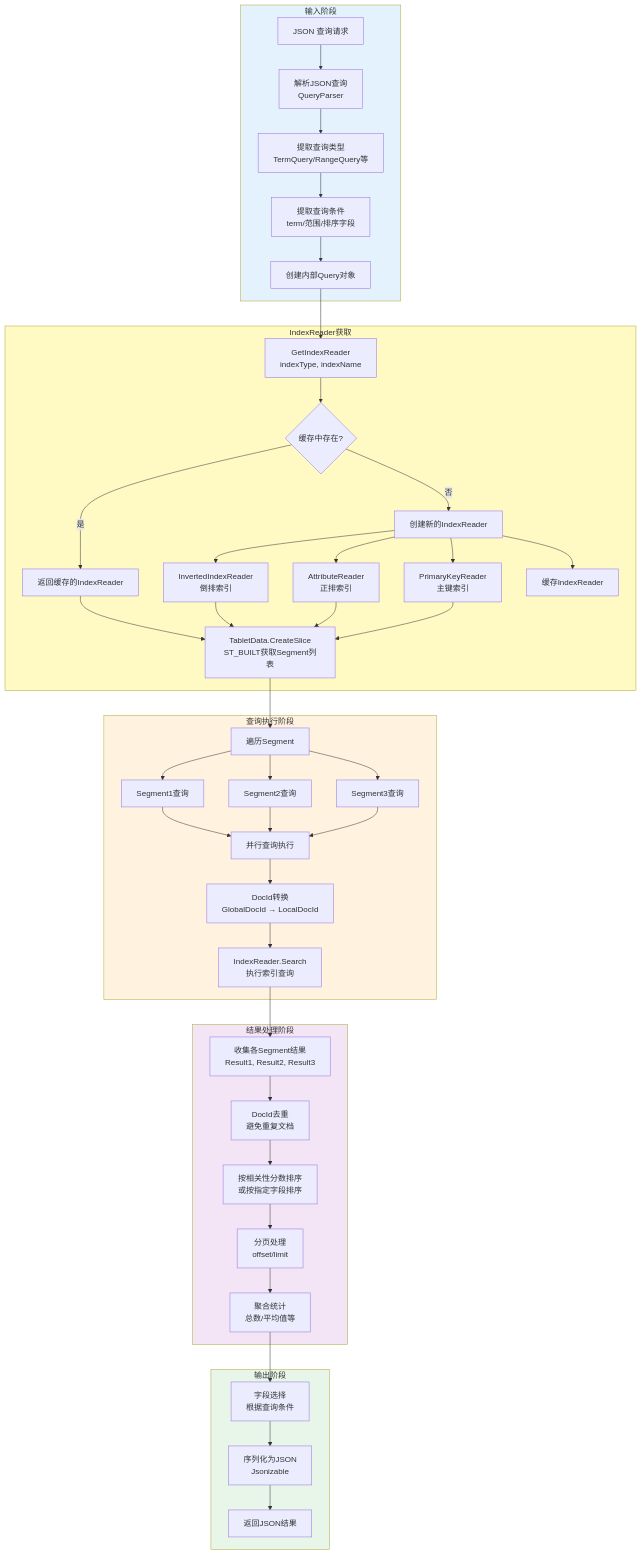
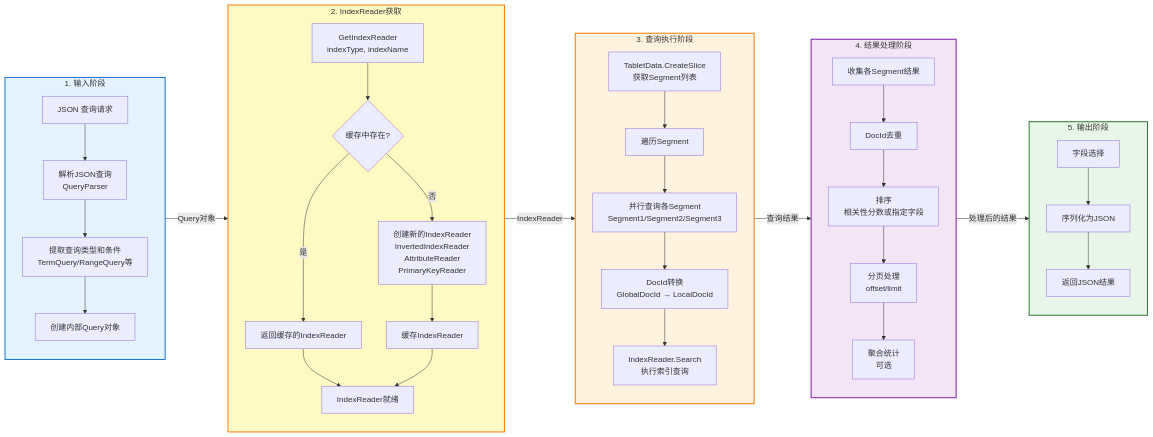
One commit to zhouzhilong-commits/zhouzhilong-commits.github.io changed diagram 20 of 22 in _posts/2025-05-08-indexlib-1-architecture-overview.md. Above: the diagram before and after it, drawn with Mermaid. The commit also changed other lines of this file and 6 other files, not shown here.

````diff
--- a/_posts/2025-05-08-indexlib-1-architecture-overview.md
+++ b/_posts/2025-05-08-indexlib-1-architecture-overview.md
@@ -1262,90 +1424,52 @@
 ```mermaid
-flowchart TD
-    subgraph Input["输入阶段"]
-        A1[JSON 查询请求]
-        A2[解析JSON查询<br/>QueryParser]
-        A3[提取查询类型<br/>TermQuery/RangeQuery等]
-        A4[提取查询条件<br/>term/范围/排序字段]
-        A5[创建内部Query对象]
-        
-        A1 --> A2
-        A2 --> A3
-        A3 --> A4
-        A4 --> A5
+flowchart LR
+    subgraph Input["1. 输入阶段"]
+        direction TB
+        A1[JSON 查询请求] --> A2[解析JSON查询<br/>QueryParser]
+        A2 --> A3[提取查询类型和条件<br/>TermQuery/RangeQuery等]
+        A3 --> A4[创建内部Query对象]
     end
     
-    subgraph Reader["IndexReader获取"]
-        B1[GetIndexReader<br/>indexType, indexName]
-        B2{缓存中存在?}
-        B3[返回缓存的IndexReader]
-        B4[创建新的IndexReader]
-        B5[InvertedIndexReader<br/>倒排索引]
-        B6[AttributeReader<br/>正排索引]
-        B7[PrimaryKeyReader<br/>主键索引]
-        B8[缓存IndexReader]
-        
-        A5 --> B1
-        B1 --> B2
-        B2 -->|是| B3
-        B2 -->|否| B4
-        B4 --> B5
-        B4 --> B6
-        B4 --> B7
-        B4 --> B8
-        B3 --> C1
-        B5 --> C1
-        B6 --> C1
-        B7 --> C1
+    subgraph Reader["2. IndexReader获取"]
+        direction TB
+        B1[GetIndexReader<br/>indexType, indexName] --> B2{缓存中存在?}
+        B2 -->|是| B3[返回缓存的IndexReader]
+        B2 -->|否| B4[创建新的IndexReader<br/>InvertedIndexReader<br/>AttributeReader<br/>PrimaryKeyReader]
+        B4 --> B5[缓存IndexReader]
+        B3 --> B6[IndexReader就绪]
+        B5 --> B6
     end
     
-    subgraph Query["查询执行阶段"]
-        C1[TabletData.CreateSlice<br/>ST_BUILT获取Segment列表]
-        C2[遍历Segment]
-        C3[Segment1查询]
-        C4[Segment2查询]
-        C5[Segment3查询]
-        C6[并行查询执行]
-        C7[DocId转换<br/>GlobalDocId → LocalDocId]
-        C8[IndexReader.Search<br/>执行索引查询]
-        
-        C1 --> C2
-        C2 --> C3
-        C2 --> C4
-        C2 --> C5
-        C3 --> C6
-        C4 --> C6
-        C5 --> C6
-        C6 --> C7
-        C7 --> C8
+    subgraph Query["3. 查询执行阶段"]
+        direction TB
+        C1[TabletData.CreateSlice<br/>获取Segment列表] --> C2[遍历Segment]
+        C2 --> C3[并行查询各Segment<br/>Segment1/Segment2/Segment3]
+        C3 --> C4[DocId转换<br/>GlobalDocId → LocalDocId]
+        C4 --> C5[IndexReader.Search<br/>执行索引查询]
     end
     
-    subgraph Process["结果处理阶段"]
-        D1[收集各Segment结果<br/>Result1, Result2, Result3]
-        D2[DocId去重<br/>避免重复文档]
-        D3[按相关性分数排序<br/>或按指定字段排序]
-        D4[分页处理<br/>offset/limit]
-        D5[聚合统计<br/>总数/平均值等]
-        
-        C8 --> D1
-        D1 --> D2
-        D2 --> D3
-        D3 --> D4
-        D4 --> D5
+    subgraph Process["4. 结果处理阶段"]
+        direction TB
+        D1[收集各Segment结果] --> D2[DocId去重]
+        D2 --> D3[排序<br/>相关性分数或指定字段]
+        D3 --> D4[分页处理<br/>offset/limit]
+        D4 --> D5[聚合统计<br/>可选]
     end
     
-    subgraph Output["输出阶段"]
-        E1[字段选择<br/>根据查询条件]
-        E2[序列化为JSON<br/>Jsonizable]
-        E3[返回JSON结果]
-        
-        D5 --> E1
-        E1 --> E2
-        E2 --> E3
+    subgraph Output["5. 输出阶段"]
+        direction TB
+        E1[字段选择] --> E2[序列化为JSON]
+        E2 --> E3[返回JSON结果]
     end
     
-    style Input fill:#e3f2fd
-    style Reader fill:#fff9c4
-    style Query fill:#fff3e0
-    style Process fill:#f3e5f5
-    style Output fill:#e8f5e9
+    Input -->|Query对象| Reader
+    Reader -->|IndexReader| Query
+    Query -->|查询结果| Process
+    Process -->|处理后的结果| Output
+    
+    style Input fill:#e3f2fd,stroke:#1976d2,stroke-width:2px
+    style Reader fill:#fff9c4,stroke:#f57f17,stroke-width:2px
+    style Query fill:#fff3e0,stroke:#f57c00,stroke-width:2px
+    style Process fill:#f3e5f5,stroke:#7b1fa2,stroke-width:2px
+    style Output fill:#e8f5e9,stroke:#2e7d32,stroke-width:2px
 ```
````
